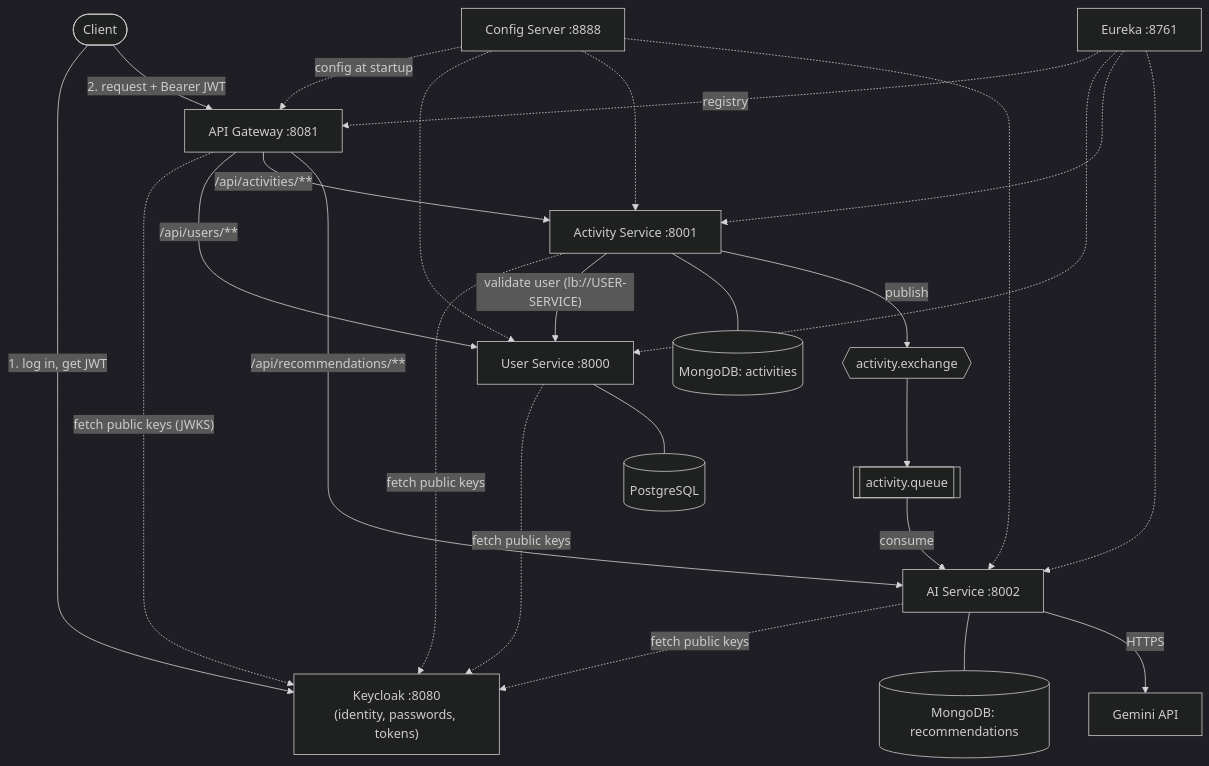
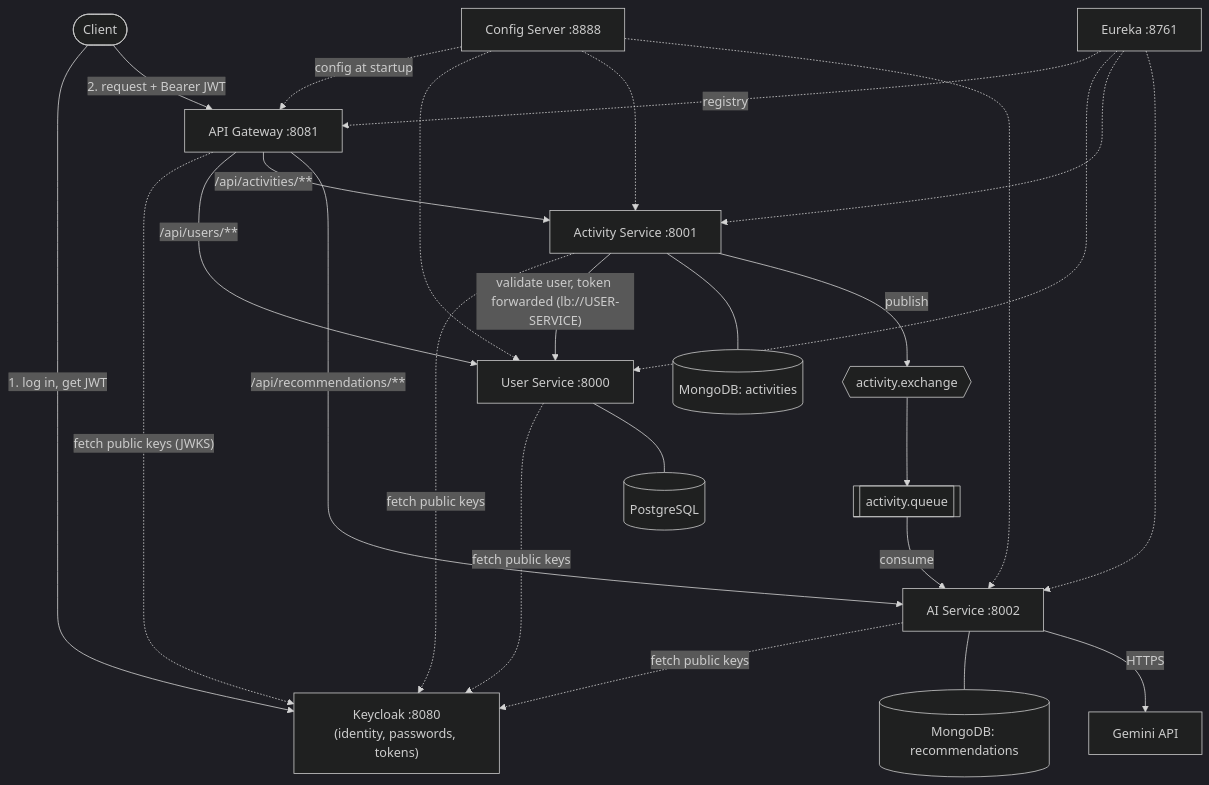
One commit to KaraboMatsepane/repwise changed the first of 2 diagrams in README.md. Above: the diagram before and after it, drawn with Mermaid (dark theme). The commit also changed other lines of this file and 5 other files, not shown here.

First line of the commit message:
feat: forward the caller's token to the user service and close the open /validate endpoint

````diff
--- a/README.md
+++ b/README.md
@@ -32,34 +32,34 @@
 ```mermaid
 flowchart TD
     client([Client]) -->|"1. log in, get JWT"| kc["Keycloak :8080<br/>(identity, passwords, tokens)"]
     client -->|"2. request + Bearer JWT"| gw["API Gateway :8081"]
 
     gw -.->|"fetch public keys (JWKS)"| kc
     us -.->|"fetch public keys"| kc
     as -.->|"fetch public keys"| kc
     ai -.->|"fetch public keys"| kc
 
     gw -->|"/api/users/**"| us["User Service :8000"]
     gw -->|"/api/activities/**"| as["Activity Service :8001"]
     gw -->|"/api/recommendations/**"| ai["AI Service :8002"]
 
-    as -->|"validate user (lb://USER-SERVICE)"| us
+    as -->|"validate user, token forwarded (lb://USER-SERVICE)"| us
 
     us --- pg[("PostgreSQL")]
     as --- m1[("MongoDB: activities")]
     ai --- m2[("MongoDB: recommendations")]
 
     as -->|publish| ex{{"activity.exchange"}}
     ex --> q[["activity.queue"]]
     q -->|consume| ai
     ai -->|HTTPS| gem["Gemini API"]
 
     cfg["Config Server :8888"] -.->|config at startup| gw
     cfg -.-> us
     cfg -.-> as
     cfg -.-> ai
     eu["Eureka :8761"] -.->|registry| gw
     eu -.-> us
     eu -.-> as
     eu -.-> ai
 ```
````
